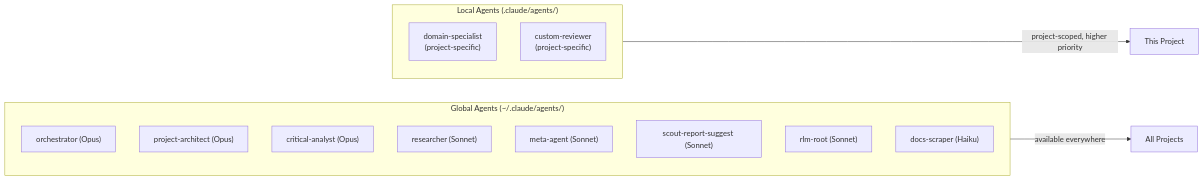
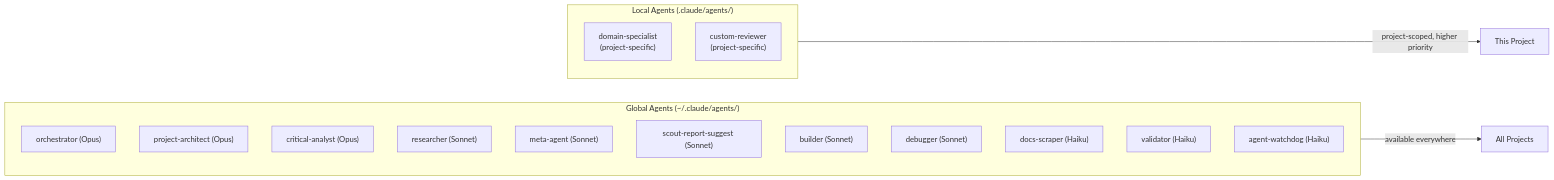
Before and after one commit to abujiletsgo/claude-agentic-framework: the fourth of 8 diagrams in docs/MEMORY_ARCHITECTURE.md, drawn with Mermaid. The commit also changed 29 other files, not shown here.

First line of the commit message:
refactor: remove rlm-root/solve agents, redesign RLM as Pyramid Protocol

````diff
--- a/docs/MEMORY_ARCHITECTURE.md
+++ b/docs/MEMORY_ARCHITECTURE.md
@@ -167,21 +167,24 @@
 ```mermaid
 graph LR
     subgraph GLOBAL["Global Agents (~/.claude/agents/)"]
         GA1["orchestrator (Opus)"]
         GA2["project-architect (Opus)"]
         GA3["critical-analyst (Opus)"]
         GA4["researcher (Sonnet)"]
         GA5["meta-agent (Sonnet)"]
         GA6["scout-report-suggest (Sonnet)"]
-        GA7["rlm-root (Sonnet)"]
-        GA8["docs-scraper (Haiku)"]
+        GA7["builder (Sonnet)"]
+        GA8["debugger (Sonnet)"]
+        GA9["docs-scraper (Haiku)"]
+        GA10["validator (Haiku)"]
+        GA11["agent-watchdog (Haiku)"]
     end
 
     subgraph LOCAL["Local Agents (.claude/agents/)"]
         LA1["domain-specialist<br/>(project-specific)"]
         LA2["custom-reviewer<br/>(project-specific)"]
     end
 
     GLOBAL -->|"available everywhere"| ALL[All Projects]
     LOCAL -->|"project-scoped, higher priority"| PROJECT[This Project]
 ```
````
